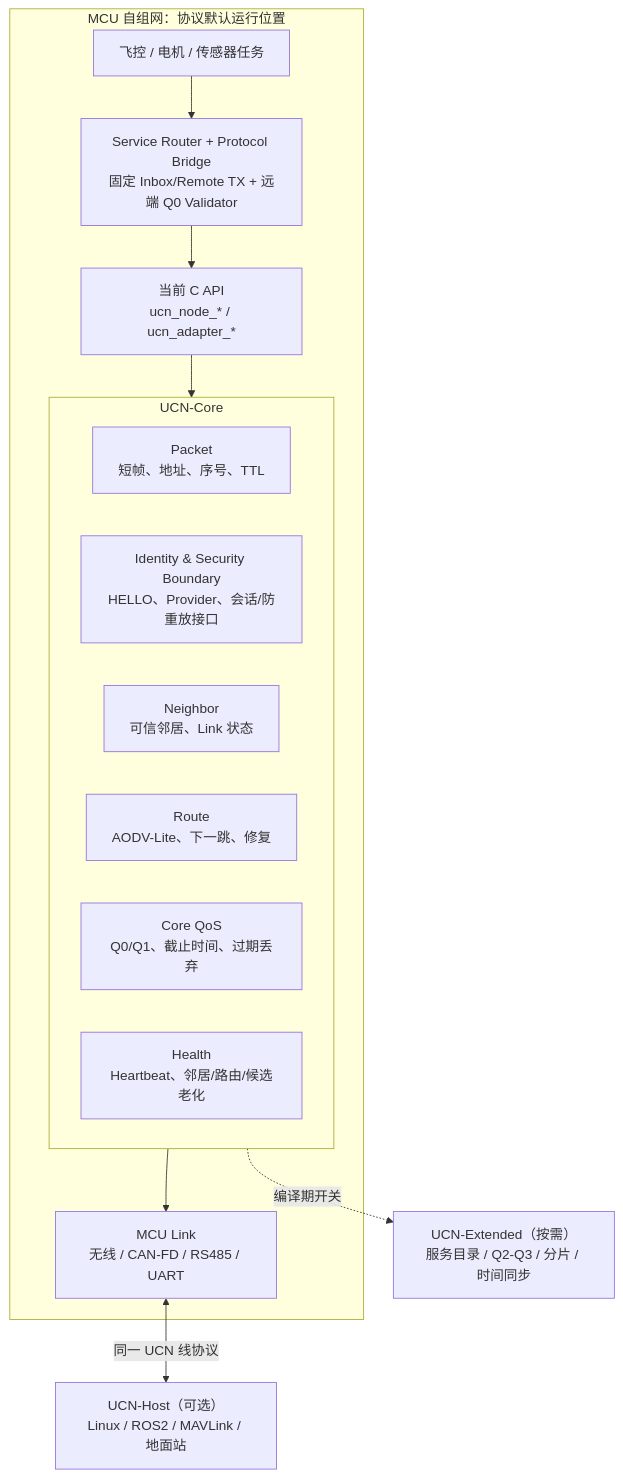
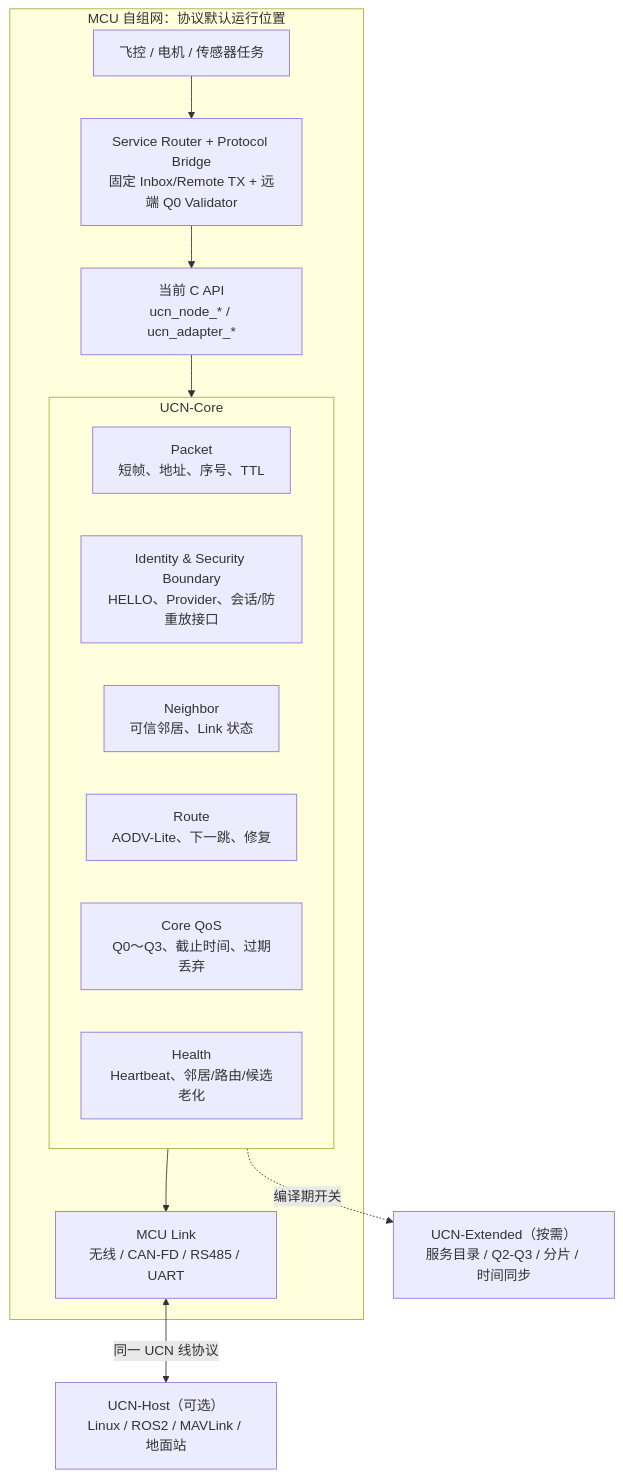
The diagram in docs/02-总体架构/UCN_整体架构设计.md (ice-infinite/UCN), drawn with Mermaid before and after one commit. The commit also changed other lines of this file and 60 other files, not shown here.

````diff
--- a/docs/02-总体架构/UCN_整体架构设计.md
+++ b/docs/02-总体架构/UCN_整体架构设计.md
@@ -51,24 +51,24 @@
 ```mermaid
 flowchart TB
     subgraph MCU_NET["MCU 自组网：协议默认运行位置"]
         APP["飞控 / 电机 / 传感器任务"]
     SERVICE["Service Router + Protocol Bridge<br/>固定 Inbox/Remote TX + 远端 Q0 Validator"]
         API["当前 C API<br/>ucn_node_* / ucn_adapter_*"]
         subgraph CORE["UCN-Core"]
             PKT["Packet<br/>短帧、地址、序号、TTL"]
             SEC["Identity & Security Boundary<br/>HELLO、Provider、会话/防重放接口"]
             NBR["Neighbor<br/>可信邻居、Link 状态"]
             ROUTE["Route<br/>AODV-Lite、下一跳、修复"]
-            QOS["Core QoS<br/>Q0/Q1、截止时间、过期丢弃"]
+            QOS["Core QoS<br/>Q0～Q3、截止时间、过期丢弃"]
             HEALTH["Health<br/>Heartbeat、邻居/路由/候选老化"]
         end
         LINK["MCU Link<br/>无线 / CAN-FD / RS485 / UART"]
         APP --> SERVICE --> API --> CORE --> LINK
     end
 
     EXT["UCN-Extended（按需）<br/>服务目录 / Q2-Q3 / 分片 / 时间同步"]
     HOST["UCN-Host（可选）<br/>Linux / ROS2 / MAVLink / 地面站"]
 
     CORE -. "编译期开关" .-> EXT
     LINK <-- "同一 UCN 线协议" --> HOST
 ```
````
